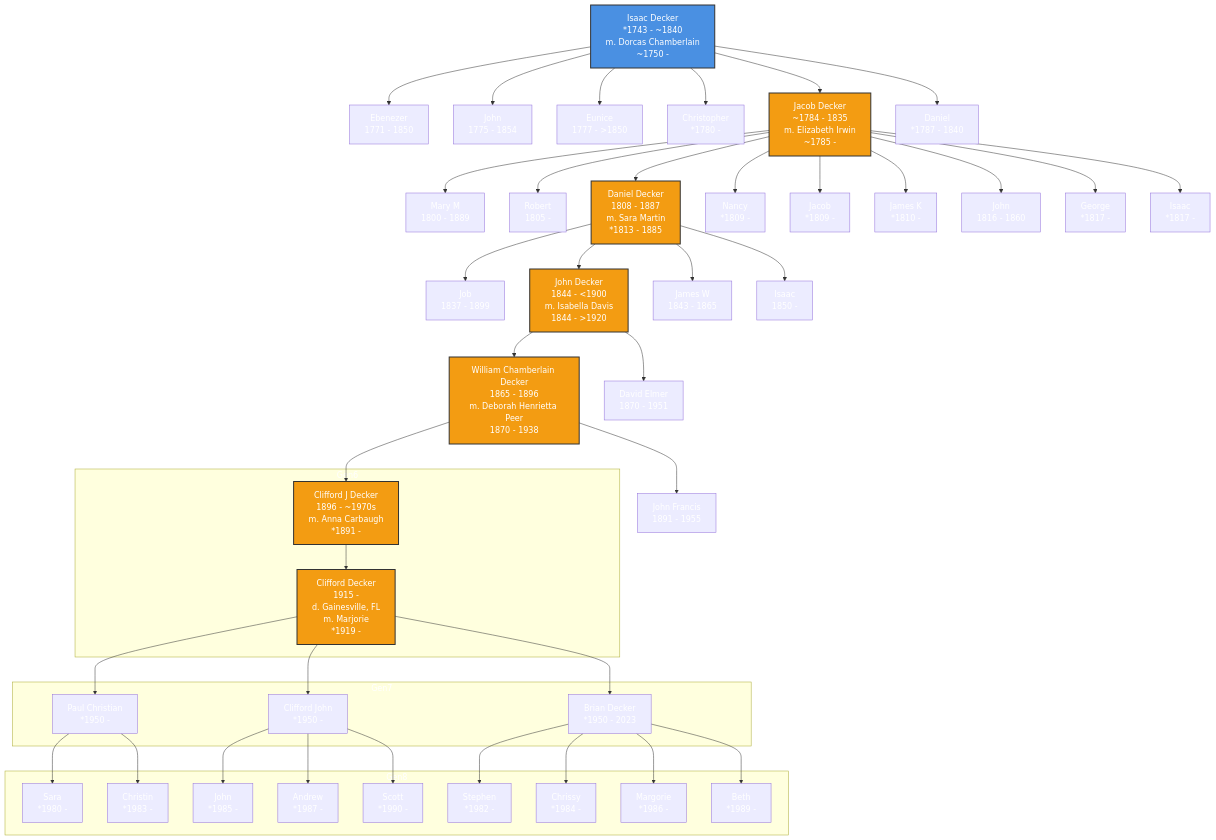
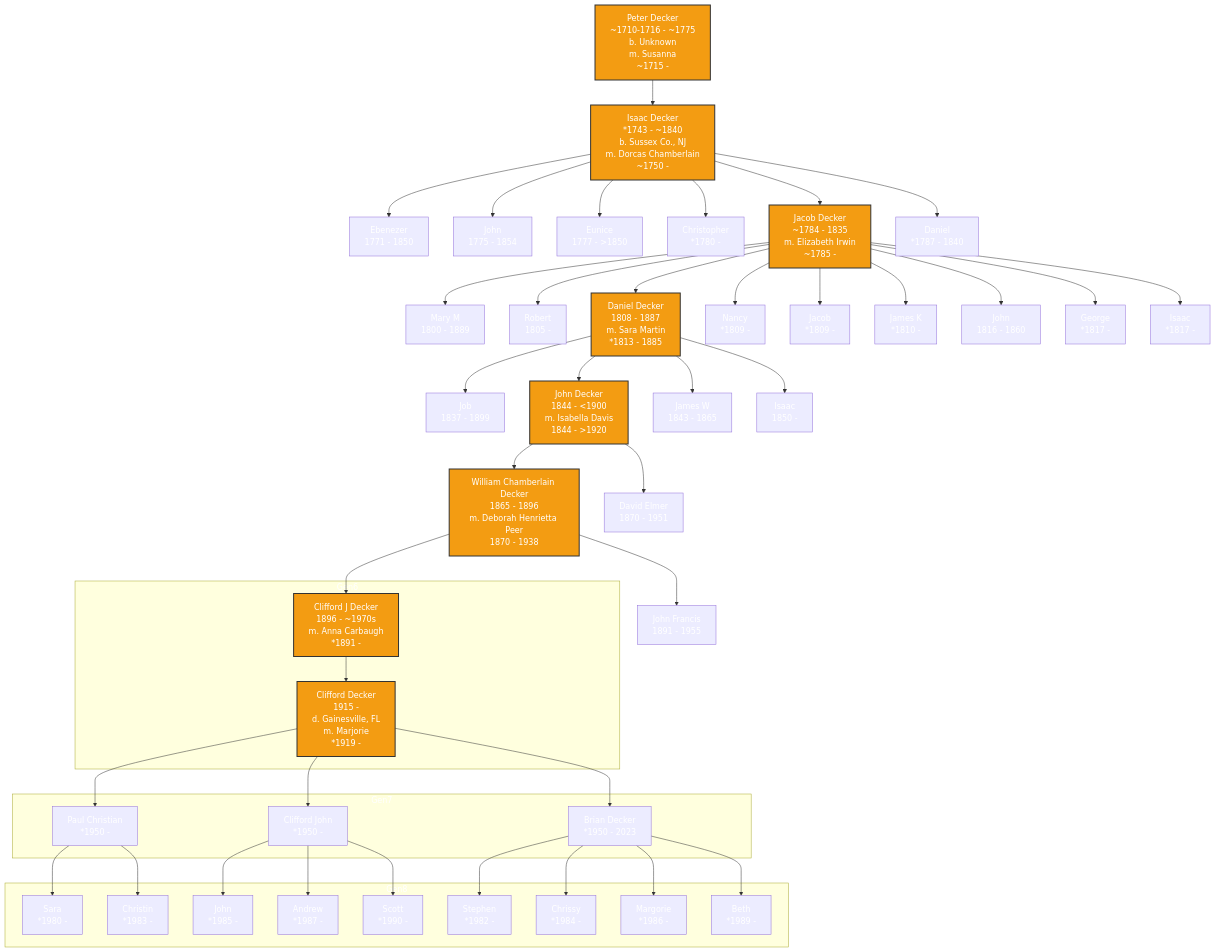
The diagram in README.md (Deck-J/geneology), drawn with Mermaid before and after one commit. The commit also changed other lines of this file, not shown here.

````diff
--- a/README.md
+++ b/README.md
@@ -10,73 +10,77 @@
 ```mermaid
 graph TD
-    A["Isaac Decker
+    A["Peter Decker
+~1710-1716 - ~1775
+b. Unknown
+m. Susanna
+~1715 - "]:::direct --> B["Isaac Decker
 *1743 - ~1840
+b. Sussex Co., NJ
 m. Dorcas Chamberlain
-~1750 - "]
-    A:::root
-    A --> B["Ebenezer
+~1750 - "]:::direct
+    B --> C["Ebenezer
 1771 - 1850"]
-    A --> C["John
+    B --> D["John
 1775 - 1854"]
-    A --> D["Eunice
+    B --> E["Eunice
 1777 - >1850"]
-    A --> E["Christopher
+    B --> F["Christopher
 *1780 - "]
-    A --> F["Jacob Decker
+    B --> G["Jacob Decker
 ~1784 - 1835
 m. Elizabeth Irwin
 ~1785 - "]:::direct
-    A --> G["Daniel
+    B --> H["Daniel
 *1787 - 1840"]
 
-    F --> H["Mary M
+    G --> I["Mary M
 1800 - 1889"]
-    F --> I["Robert
+    G --> J["Robert
 1805 - "]
-    F --> J["Daniel Decker
+    G --> K["Daniel Decker
 1808 - 1887
 m. Sara Martin
 *1813 - 1885"]:::direct
-    F --> K["Nancy
+    G --> L["Nancy
 *1809 - "]
-    F --> L["Jacob
+    G --> M["Jacob
 *1809 - "]
-    F --> M["James K
+    G --> N["James K
 *1810 - "]
-    F --> N["John
+    G --> O["John
 1816 - 1860"]
-    F --> O["George
+    G --> P["George
 *1817 - "]
-    F --> P["Isaac
+    G --> Q["Isaac
 *1817 - "]
 
-    J --> Q["Job
+    K --> R["Job
 1837 - 1899"]
-    J --> R["John Decker
+    K --> S["John Decker
 1844 - <1900
 m. Isabella Davis
 1844 - >1920"]:::direct
-    J --> S["James W
+    K --> T["James W
 1843 - 1865"]
-    J --> T["Isaac
+    K --> U["Isaac
 1850 - "]
 
-    R --> U["William Chamberlain Decker
+    S --> V["William Chamberlain Decker
 1865 - 1896
 m. Deborah Henrietta Peer
 1870 - 1938"]:::direct
-    R --> V["David Elmer
+    S --> W["David Elmer
 1870 - 1951"]
 
-    U --> W["John Francis
+    V --> X["John Francis
 1891 - 1955"]
-    U --> X["Clifford J Decker
+    V --> Y["Clifford J Decker
 1896 - ~1970s
 m. Anna Carbaugh
 *1891 - "]:::direct
 
     subgraph Gen6
-        X --> Y["Clifford Decker
+        Y --> Z["Clifford Decker
 1915 - 
 d. Gainesville, FL
 m. Marjorie
@@ -84,11 +88,11 @@
     end
 
     subgraph Gen7
-        Y --> Z1["Paul Christian
+        Z --> Z1["Paul Christian
 *1950 - "]
-        Y --> Z2["Clifford John
+        Z --> Z2["Clifford John
 *1950 - "]
-        Y --> Z3["Brian Decker
+        Z --> Z3["Brian Decker
 *1950 - 2023"]
     end
 
````
